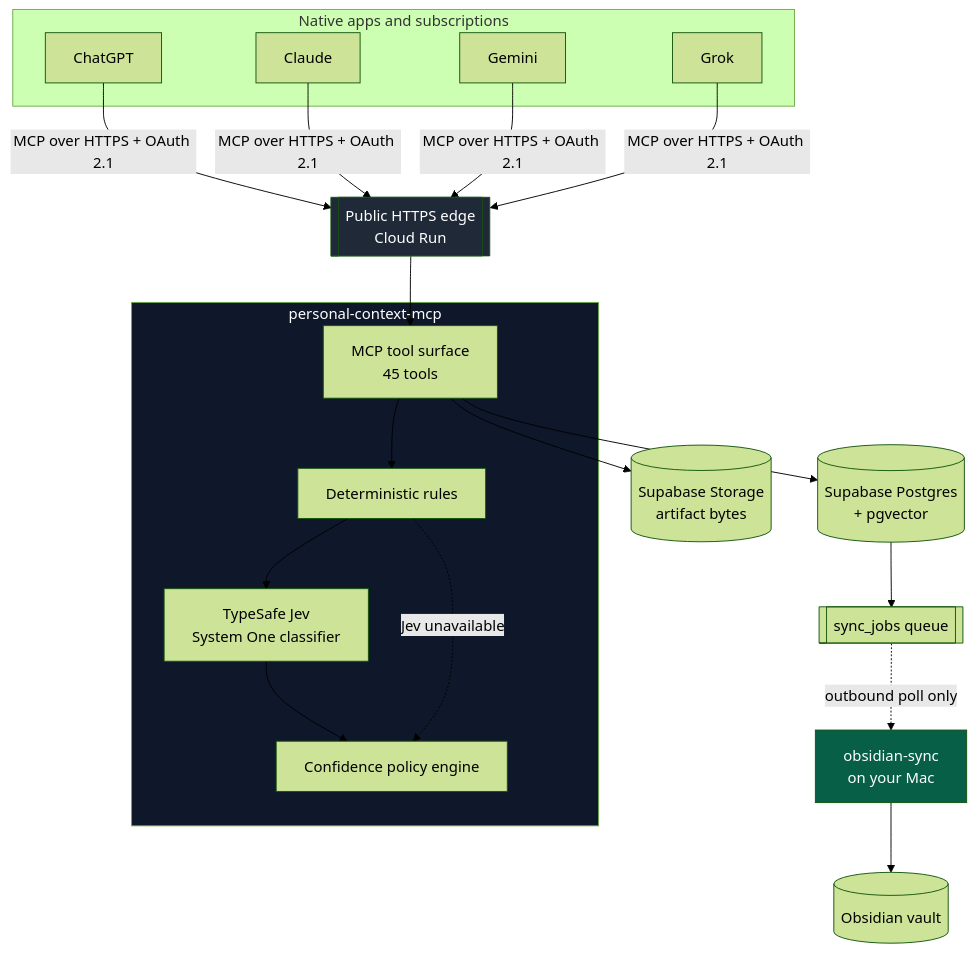
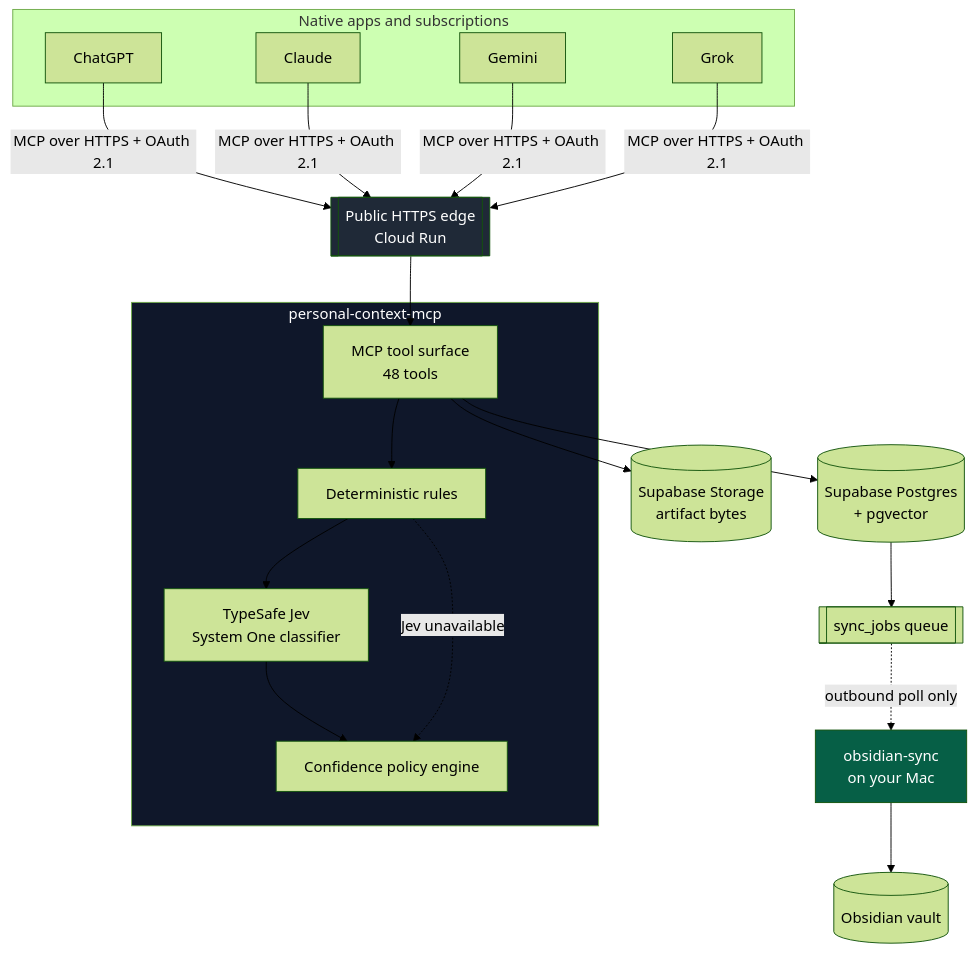
One commit to DanDo385/personal-context-mcp changed the first of 8 diagrams in README.md. Above: the diagram before and after it, drawn with Mermaid (forest theme). The commit also changed other lines of this file and 21 other files, not shown here.

````diff
--- a/README.md
+++ b/README.md
@@ -9,33 +9,33 @@
 ```mermaid
 flowchart TB
     subgraph Providers["Native apps and subscriptions"]
         CG[ChatGPT]
         CL[Claude]
         GE[Gemini]
         GR[Grok]
     end
 
     CG & CL & GE & GR -->|MCP over HTTPS + OAuth 2.1| EDGE
 
     EDGE[["Public HTTPS edge<br/>Cloud Run"]] --> MCP
 
     subgraph Service["personal-context-mcp"]
-        MCP[MCP tool surface<br/>45 tools]
+        MCP[MCP tool surface<br/>48 tools]
         RULES[Deterministic rules]
         POLICY[Confidence policy engine]
         MCP --> RULES --> JEV[TypeSafe Jev<br/>System One classifier]
         JEV --> POLICY
         RULES -. Jev unavailable .-> POLICY
     end
 
     MCP --> PG[(Supabase Postgres<br/>+ pgvector)]
     MCP --> OS[(Supabase Storage<br/>artifact bytes)]
     PG --> JOBS[[sync_jobs queue]]
 
     JOBS -.->|outbound poll only| WORKER
     WORKER[obsidian-sync<br/>on your Mac] --> VAULT[(Obsidian vault)]
 
     style EDGE fill:#1f2937,color:#fff
     style Service fill:#0f172a,color:#fff
     style WORKER fill:#065f46,color:#fff
 ```
````
